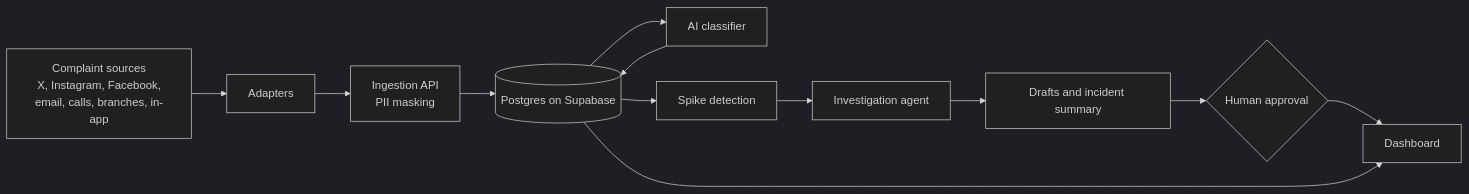
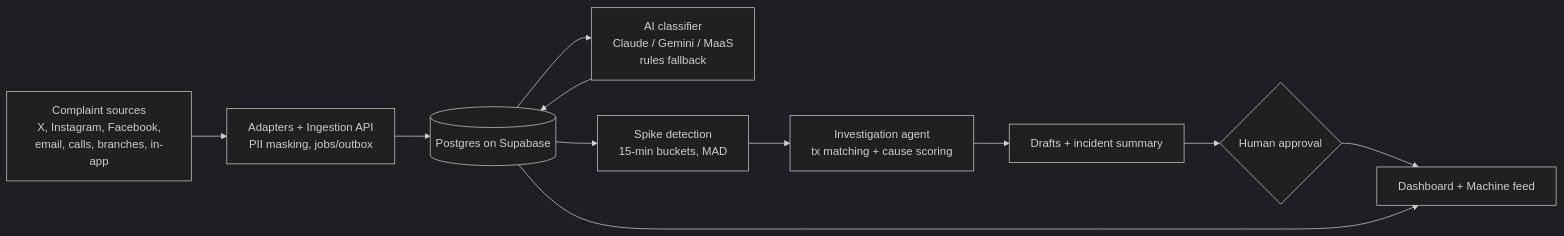
Before and after one commit to Opeyemi-Builds/Conflux-HQ: the diagram in README.md, drawn with Mermaid (dark theme). The commit also changed other lines of this file, not shown here.

````diff
--- a/README.md
+++ b/README.md
@@ -39,14 +92,13 @@
 ```mermaid
 flowchart LR
-    A[Complaint sources<br/>X, Instagram, Facebook,<br/>email, calls, branches, in-app] --> B[Adapters]
-    B --> C[Ingestion API<br/>PII masking]
-    C --> D[(Postgres on Supabase)]
-    D --> E[AI classifier]
-    E --> D
-    D --> F[Spike detection]
-    F --> G[Investigation agent]
-    G --> H[Drafts and incident summary]
-    H --> I{Human approval}
-    I --> J[Dashboard]
-    D --> J
+    A[Complaint sources<br/>X, Instagram, Facebook,<br/>email, calls, branches, in-app] --> B[Adapters + Ingestion API<br/>PII masking, jobs/outbox]
+    B --> C[(Postgres on Supabase)]
+    C --> D[AI classifier<br/>Claude / Gemini / MaaS<br/>rules fallback]
+    D --> C
+    C --> E[Spike detection<br/>15-min buckets, MAD]
+    E --> F[Investigation agent<br/>tx matching + cause scoring]
+    F --> G[Drafts + incident summary]
+    G --> H{Human approval}
+    H --> I[Dashboard + Machine feed]
+    C --> I
 ```
````
